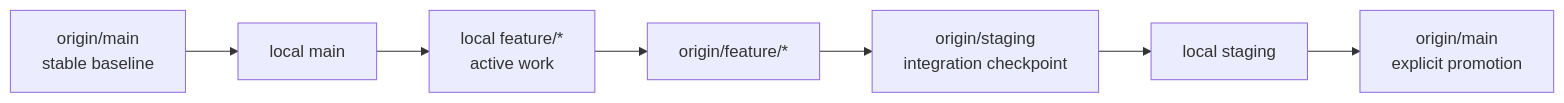
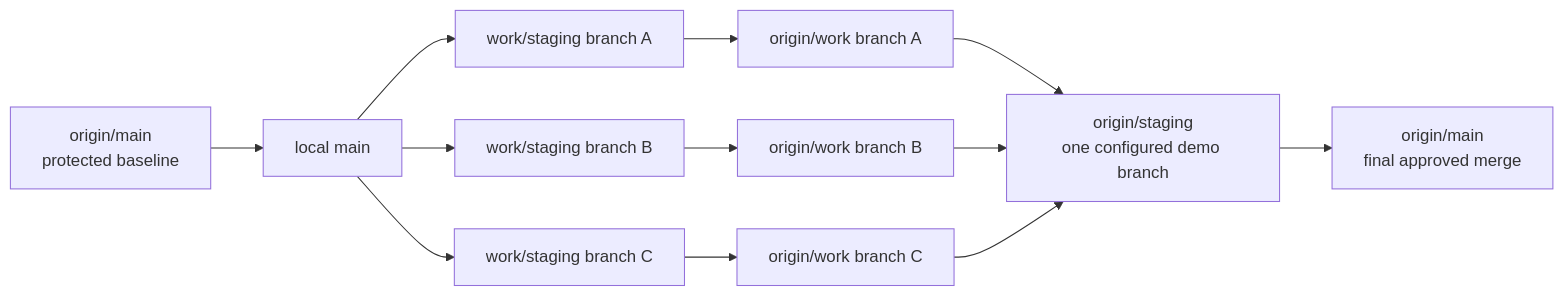
One commit to swinneyj/soc-plaform changed the first of 4 diagrams in docs/GIT_VISUAL_MAP.md. Above: the diagram before and after it, drawn with Mermaid. The commit also changed other lines of this file and 1 other file, not shown here.

````diff
--- a/docs/GIT_VISUAL_MAP.md
+++ b/docs/GIT_VISUAL_MAP.md
@@ -25,9 +25,14 @@
 ```mermaid
 flowchart LR
-     A[origin/main<br/>stable baseline] --> B[local main]
-     B --> C[local feature/*<br/>active work]
-     C --> D[origin/feature/*]
-     D --> E[origin/staging<br/>integration checkpoint]
-     E --> F[local staging]
-     F --> G[origin/main<br/>explicit promotion]
+    A[origin/main<br/>protected baseline] --> B[local main]
+    B --> C[work/staging branch A]
+    B --> D[work/staging branch B]
+    B --> E[work/staging branch C]
+    C --> F[origin/work branch A]
+    D --> G[origin/work branch B]
+    E --> H[origin/work branch C]
+    F --> I[origin/staging<br/>one configured demo branch]
+    G --> I
+    H --> I
+    I --> J[origin/main<br/>final approved merge]
 ```
````
